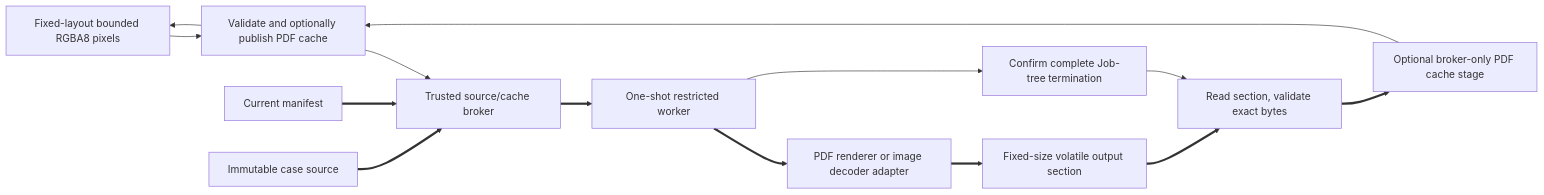
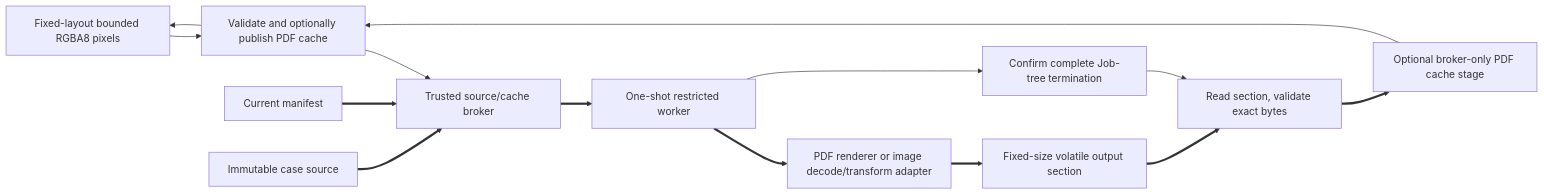
The fifth of 10 diagrams in docs/security/data-flows.md (PikkuJanne/PaperWorkShell), drawn with Mermaid before and after one commit. The commit also changed other lines of this file and 102 other files, not shown here.

````diff
--- a/docs/security/data-flows.md
+++ b/docs/security/data-flows.md
@@ -263,16 +263,16 @@
 ```mermaid
 flowchart LR
     UI["UI requests internal page ID"] --> App["Serial mixed-preview service"]
     App --> Broker["Trusted source/cache broker"]
     Manifest["Current manifest"] ==> Broker
     Source["Immutable case source"] ==> Broker
     Broker ==> Worker["One-shot restricted worker"]
-    Worker ==> Renderer["PDF renderer or image decoder adapter"]
+    Worker ==> Renderer["PDF renderer or image decode/transform adapter"]
     Renderer ==> Buffer["Fixed-size volatile output section"]
     Worker --> Stop["Confirm complete Job-tree termination"]
     Stop --> Validate["Read section, validate exact bytes"]
     Buffer ==> Validate
     Validate ==> Stage["Optional broker-only PDF cache stage"]
     Stage --> App["Validate and optionally publish PDF cache"]
     App --> UI["Fixed-layout bounded RGBA8 pixels"]
 ```
````
